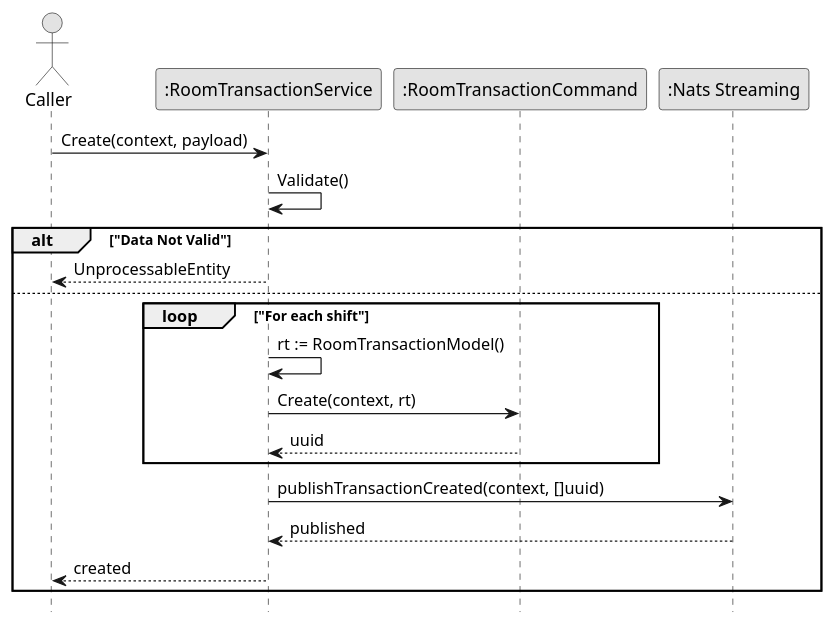
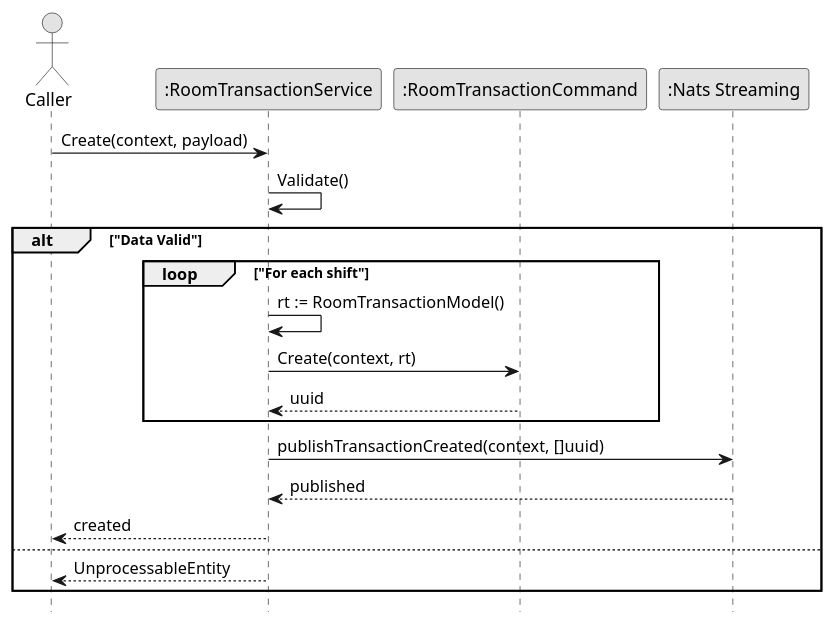
The diagram in Final/Sequence/Room Transaction/CreateRoomTransaction.wsd (fwidjaya20/fazzlearning-uml), drawn with PlantUML before and after one commit. The commit also changed 47 other files, not shown here.

```diff
--- a/Final/Sequence/Room Transaction/CreateRoomTransaction.wsd
+++ b/Final/Sequence/Room Transaction/CreateRoomTransaction.wsd
@@ -1,30 +1,30 @@
 @startuml CreateRoomTransaction
 
 skinparam ConditionStyle hline
 skinparam Monochrome true
 skinparam Shadowing false
 hide footbox
 
 actor Caller
 participant ":RoomTransactionService" as RoomTransactionService
 participant ":RoomTransactionCommand" as RoomTransactionCommand
 participant ":Nats Streaming" as NatsStreaming
 
 Caller->RoomTransactionService: Create(context, payload)
 RoomTransactionService->RoomTransactionService: Validate()
 
-alt "Data Not Valid"
-    RoomTransactionService-->Caller: UnprocessableEntity
-else
+alt "Data Valid"
     loop "For each shift"
         RoomTransactionService->RoomTransactionService: rt := RoomTransactionModel()
         RoomTransactionService->RoomTransactionCommand: Create(context, rt)
         RoomTransactionCommand-->RoomTransactionService: uuid
     end
 
     RoomTransactionService->NatsStreaming: publishTransactionCreated(context, []uuid)
     NatsStreaming-->RoomTransactionService: published
     RoomTransactionService-->Caller: created
+else
+    RoomTransactionService-->Caller: UnprocessableEntity
 end
 
 @enduml
```
